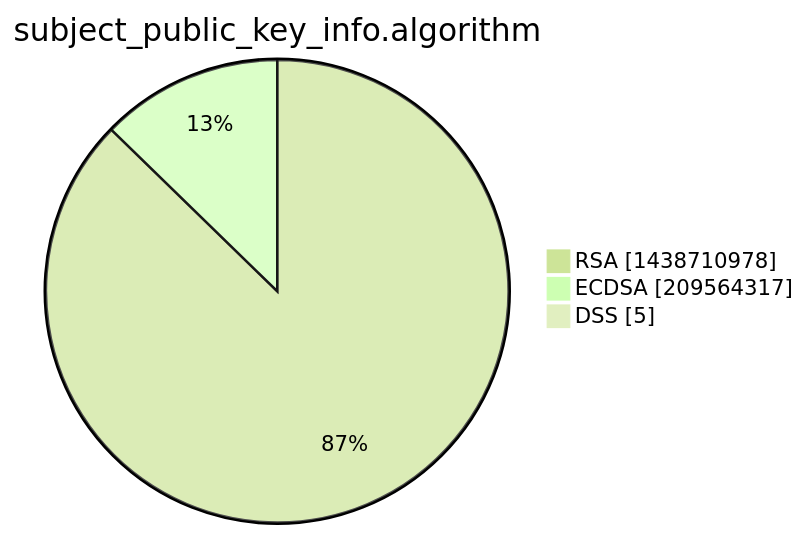
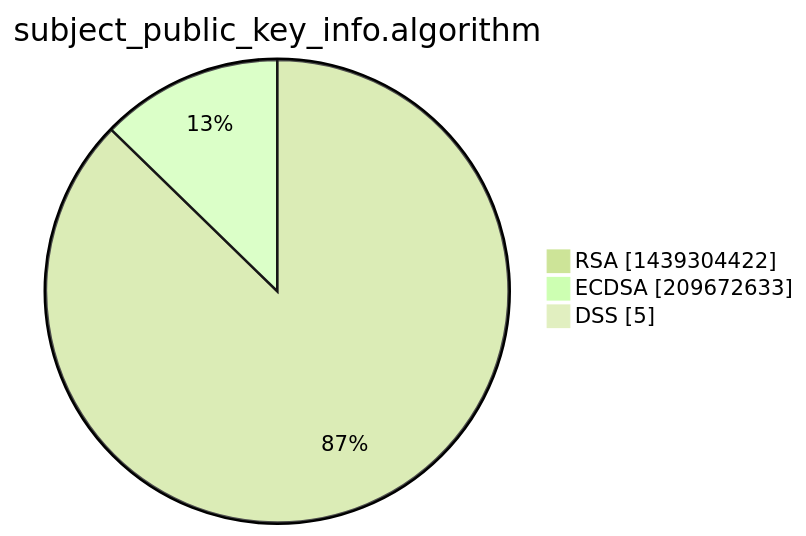
One commit to christiankrug/ctmonitor_visualization changed the third of 15 diagrams in xenon2022/README.md. Above: the diagram before and after it, drawn with Mermaid (forest theme). The commit also changed other lines of this file, not shown here.

````diff
--- a/xenon2022/README.md
+++ b/xenon2022/README.md
@@ -14,7 +14,7 @@
 ```mermaid
 pie showData
 title subject_public_key_info.algorithm
-"RSA" :1438710978
-"ECDSA" :209564317
+"RSA" :1439304422
+"ECDSA" :209672633
 "DSS" :5
 ```
````
